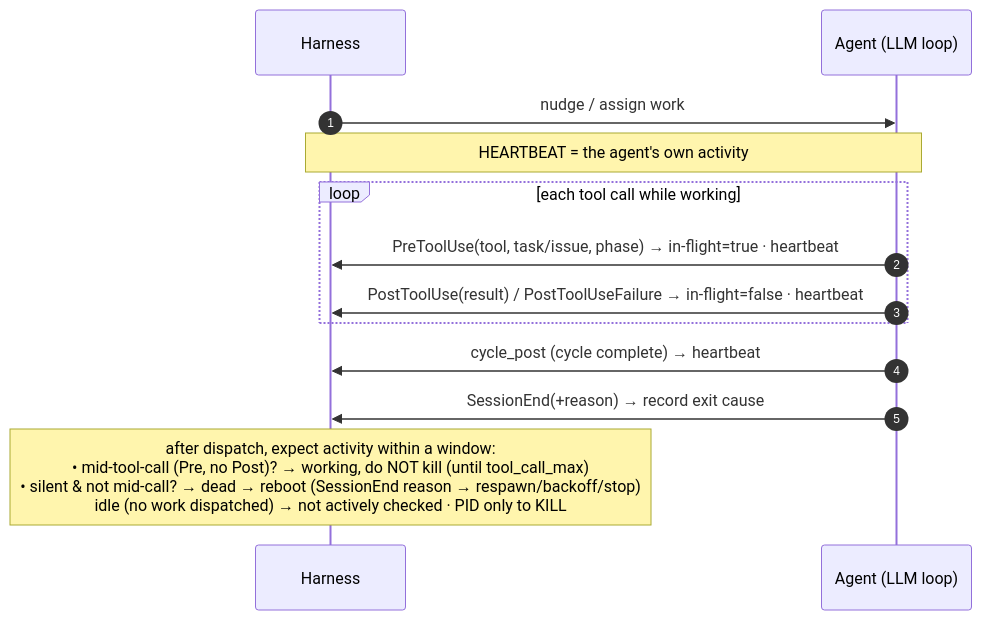
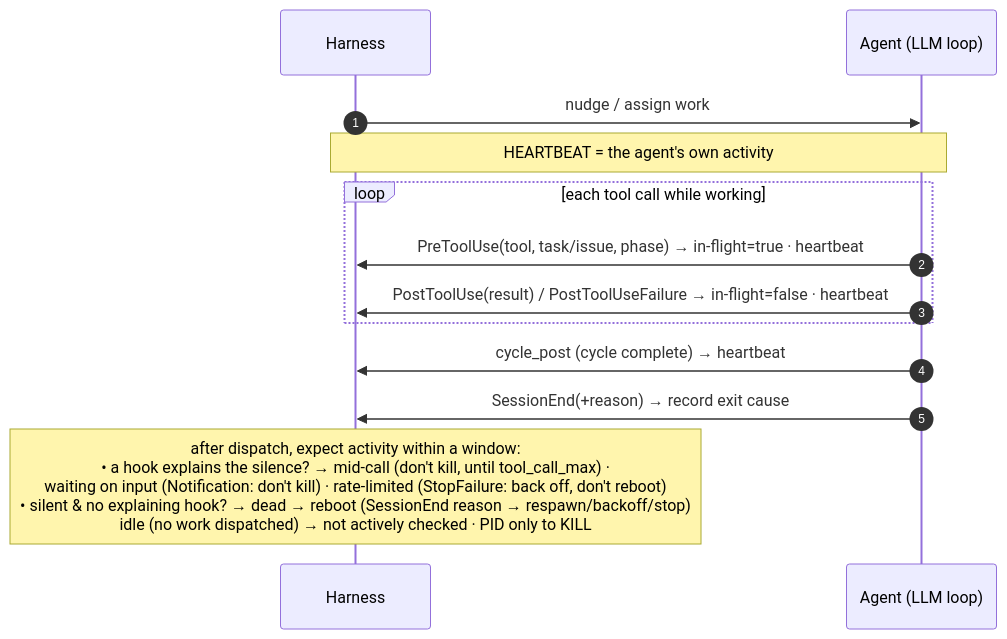
The third of 3 diagrams in docs/HARNESS-ARCH.md (WallyDoodlez/SquidSquad), drawn with Mermaid before and after one commit. The commit also changed other lines of this file, not shown here.

````diff
--- a/docs/HARNESS-ARCH.md
+++ b/docs/HARNESS-ARCH.md
@@ -644,17 +647,17 @@
 ```mermaid
 sequenceDiagram
     autonumber
     participant H as Harness
     participant A as Agent (LLM loop)
 
     H->>A: nudge / assign work
     Note over H,A: HEARTBEAT = the agent's own activity
     loop each tool call while working
         A->>H: PreToolUse(tool, task/issue, phase) → in-flight=true · heartbeat
         A->>H: PostToolUse(result) / PostToolUseFailure → in-flight=false · heartbeat
     end
     A->>H: cycle_post (cycle complete) → heartbeat
     A->>H: SessionEnd(+reason) → record exit cause
 
-    Note over H: after dispatch, expect activity within a window:<br/> • mid-tool-call (Pre, no Post)? → working, do NOT kill (until tool_call_max)<br/> • silent & not mid-call? → dead → reboot (SessionEnd reason → respawn/backoff/stop)<br/>idle (no work dispatched) → not actively checked · PID only to KILL
+    Note over H: after dispatch, expect activity within a window:<br/> • a hook explains the silence? → mid-call (don't kill, until tool_call_max) ·<br/>   waiting on input (Notification: don't kill) · rate-limited (StopFailure: back off, don't reboot)<br/> • silent & no explaining hook? → dead → reboot (SessionEnd reason → respawn/backoff/stop)<br/>idle (no work dispatched) → not actively checked · PID only to KILL
 ```
````
